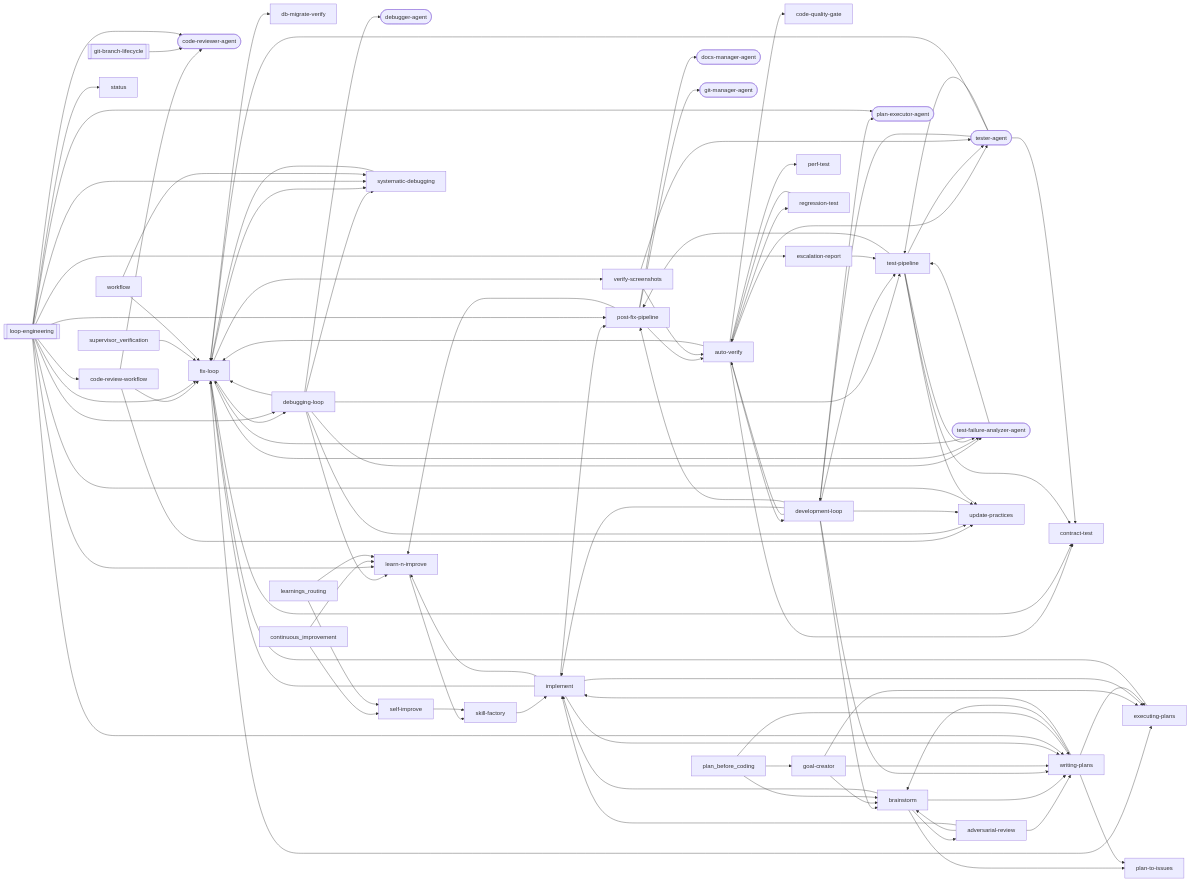
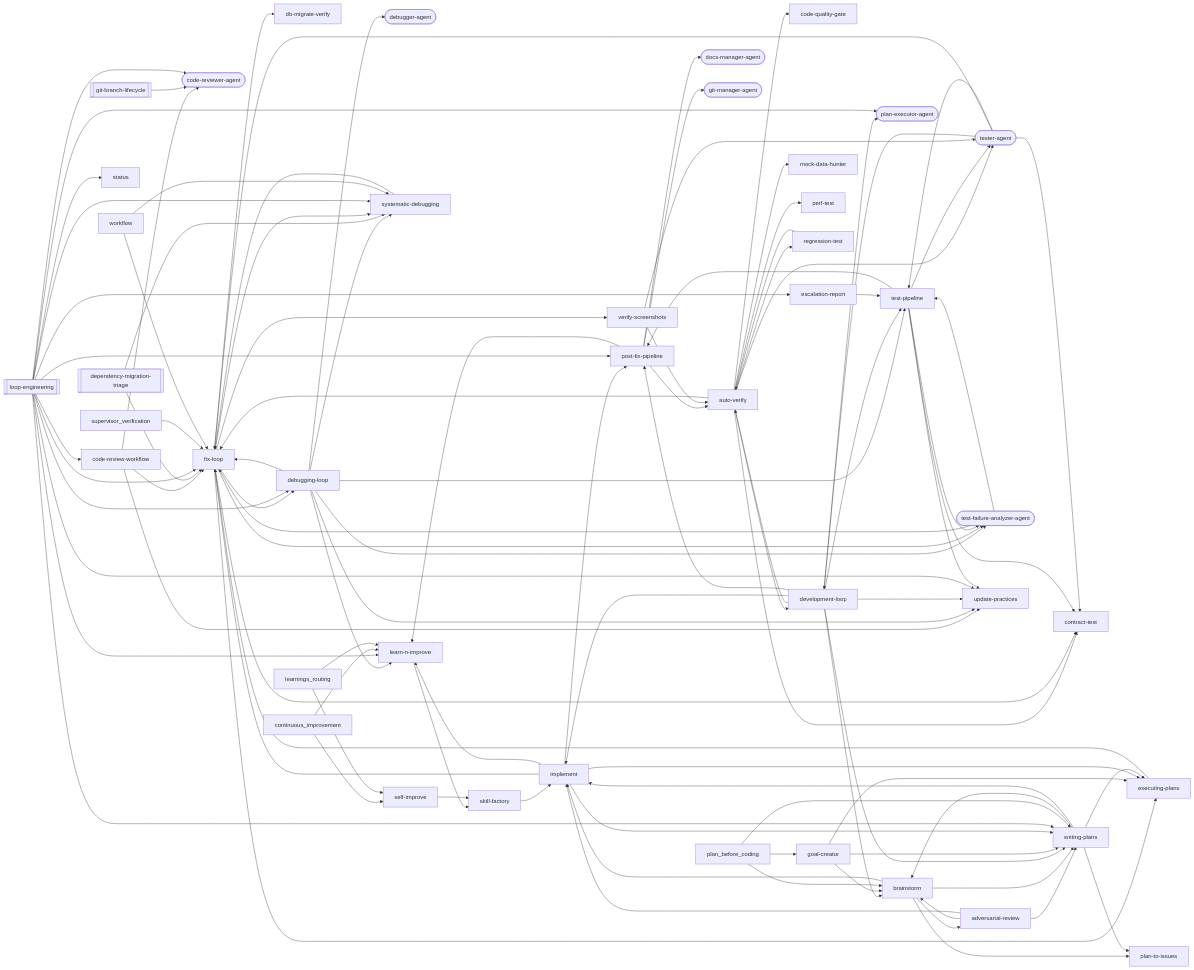
One commit to abhayla/claude-best-practices changed the second of 32 diagrams in docs/workflows/loop-engineering.md. Above: the diagram before and after it, drawn with Mermaid. The commit also changed other lines of this file and 14 other files, not shown here.

````diff
--- a/docs/workflows/loop-engineering.md
+++ b/docs/workflows/loop-engineering.md
@@ -192,5 +199,6 @@
 ```mermaid
 graph LR
+    dependency_migration_triage[["dependency-migration-triage"]]
     git_branch_lifecycle[["git-branch-lifecycle"]]
     loop_engineering[["loop-engineering"]]
     adversarial_review["adversarial-review"]
@@ -212,6 +220,7 @@
     goal_creator["goal-creator"]
     implement["implement"]
     learn_n_improve["learn-n-improve"]
+    mock_data_hunter["mock-data-hunter"]
     perf_test["perf-test"]
     plan_executor_agent(["plan-executor-agent"])
     plan_to_issues["plan-to-issues"]
@@ -234,6 +243,7 @@
     auto_verify --> contract_test
     auto_verify --> development_loop
     auto_verify --> fix_loop
+    auto_verify --> mock_data_hunter
     auto_verify --> perf_test
     auto_verify --> regression_test
     auto_verify --> tester_agent
@@ -251,6 +261,8 @@
     debugging_loop --> update_practices
     debugging_loop --> debugger_agent
     debugging_loop --> test_failure_analyzer_agent
+    dependency_migration_triage --> fix_loop
+    dependency_migration_triage --> systematic_debugging
     development_loop --> auto_verify
     development_loop --> brainstorm
     development_loop --> implement
````
